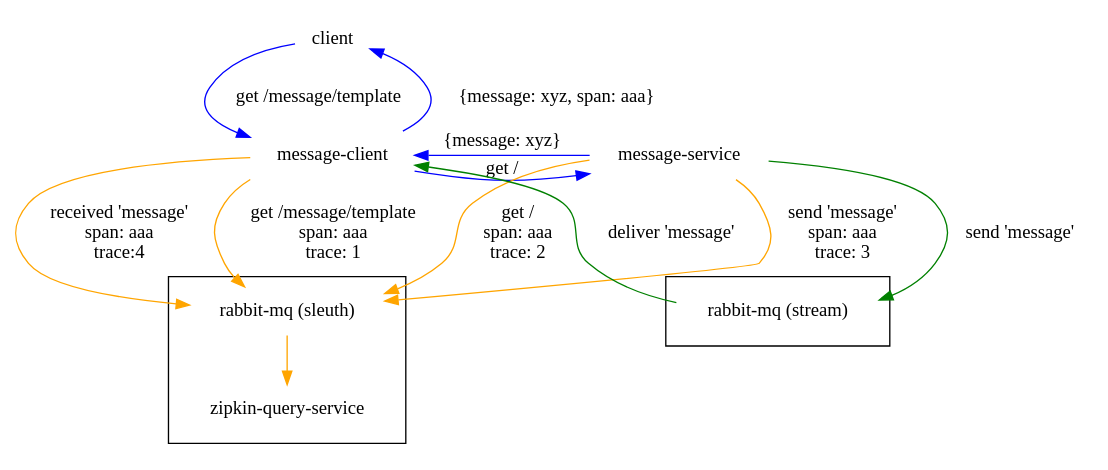
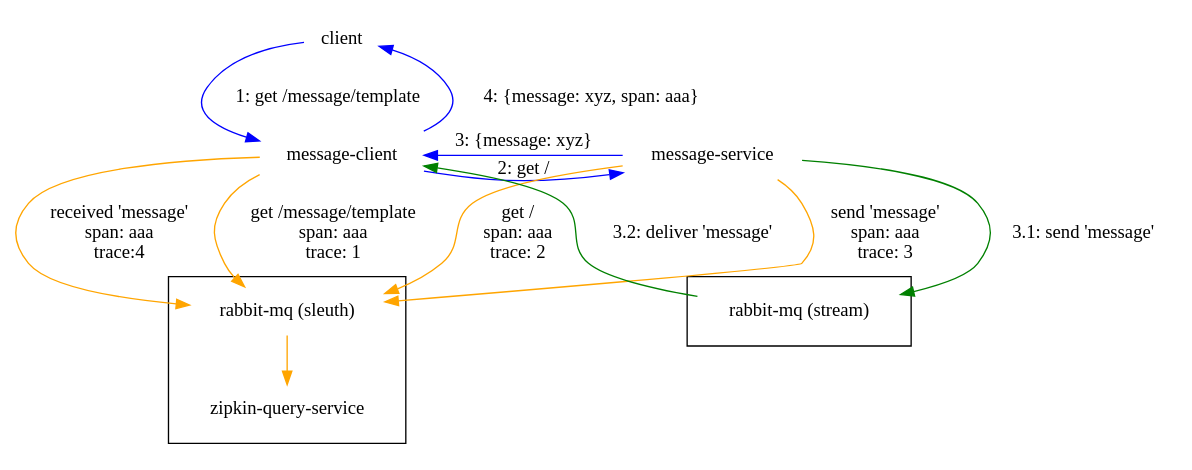
The diagram in message-client-trace.dot (ukabu/sleuth), drawn with Graphviz before and after one commit. The commit also changed 1 other file, not shown here.

```diff
--- a/message-client-trace.dot
+++ b/message-client-trace.dot
@@ -1,28 +1,28 @@
 digraph G {
   node [shape=plaintext];
 
   edge [color=blue];
-  "client" -> "message-client" [label="get /message/template"];
-  "message-client" -> "client" [label="{message: xyz, span: aaa}"];
-  "message-client" -> "message-service" [label="get /"];
-  "message-service" -> "message-client" [label="{message: xyz}"];
+  "client" -> "message-client" [label="1: get /message/template"];
+  "message-client" -> "client" [label="4: {message: xyz, span: aaa}"];
+  "message-client" -> "message-service" [label="2: get /"];
+  "message-service" -> "message-client" [label="3: {message: xyz}"];
 
   {rank=same; "message-client" "message-service"}
 
   subgraph clusterStream {
     edge [color=green];
     "rabbit-mq (stream)";
-    "message-service" -> "rabbit-mq (stream)" [label="send 'message'"];
-    "rabbit-mq (stream)" -> "message-client" [label="deliver 'message'"];
+    "message-service" -> "rabbit-mq (stream)" [label="3.1: send 'message'"];
+    "rabbit-mq (stream)" -> "message-client" [label="3.2: deliver 'message'"];
   }
 
   subgraph clusterSleuth {
     edge [color=orange]
     "message-client" -> "rabbit-mq (sleuth)" [label="get /message/template\nspan: aaa\ntrace: 1"]
     "message-service" -> "rabbit-mq (sleuth)" [label="get /\nspan: aaa\ntrace: 2"]
     "message-service" -> "rabbit-mq (sleuth)" [label="send 'message'\nspan: aaa\ntrace: 3"]
     "message-client" -> "rabbit-mq (sleuth)" [label="received 'message'\nspan: aaa\ntrace:4"]
 
     "rabbit-mq (sleuth)" -> "zipkin-query-service"
   }
 }
```
